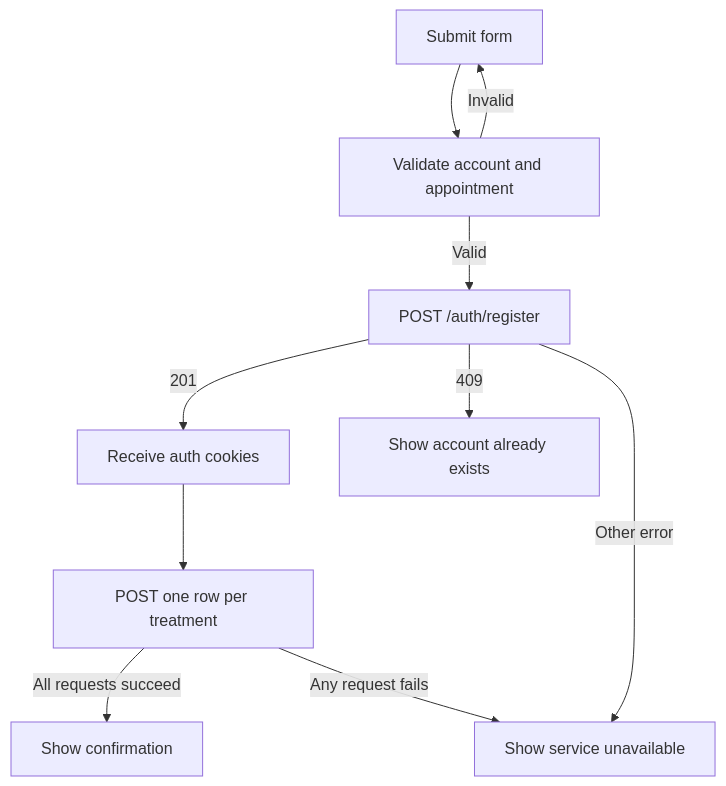
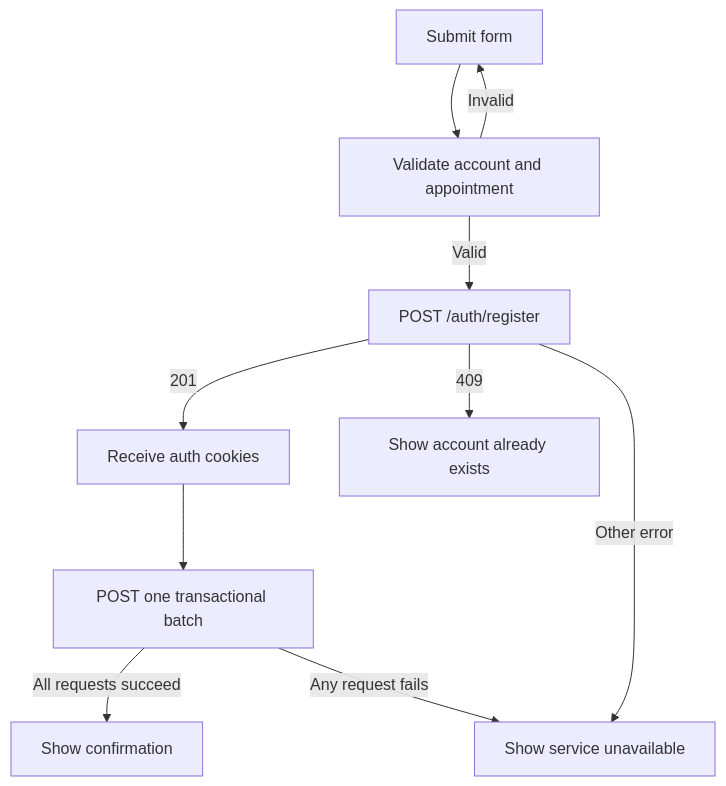
Before and after one commit to yassineao/poetsanders: the tenth of 17 diagrams in README.md, drawn with Mermaid. The commit also changed other lines of this file and 39 other files, not shown here.

````diff
--- a/README.md
+++ b/README.md
@@ -682,20 +725,20 @@
 ```mermaid
 flowchart TD
     Submit[Submit form]
     Validate[Validate account and appointment]
     Register[POST /auth/register]
     Cookies[Receive auth cookies]
-    Book[POST one row per treatment]
+    Book[POST one transactional batch]
     Success[Show confirmation]
     Conflict[Show account already exists]
     Error[Show service unavailable]
 
     Submit --> Validate
     Validate -->|Invalid| Submit
     Validate -->|Valid| Register
     Register -->|201| Cookies --> Book
     Register -->|409| Conflict
     Register -->|Other error| Error
     Book -->|All requests succeed| Success
     Book -->|Any request fails| Error
 ```
````
